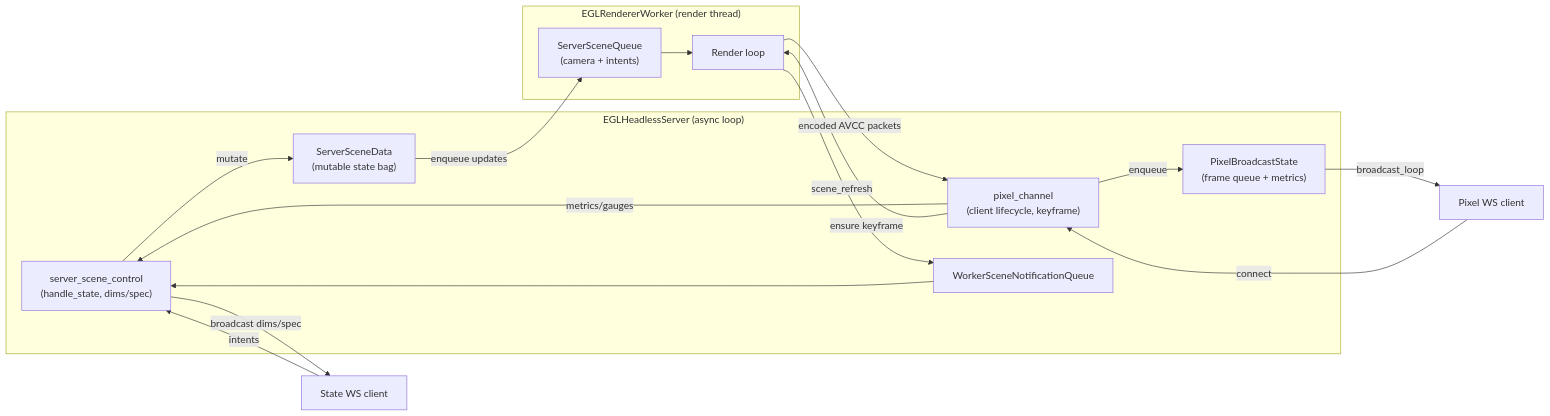
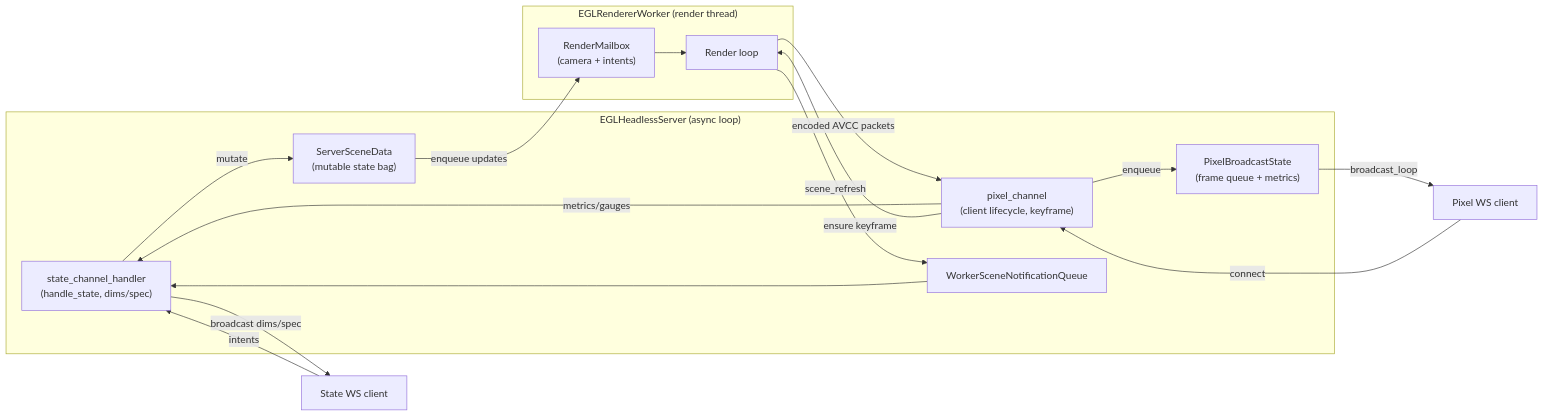
One commit to kirjner/napari-cuda changed the diagram in docs/diagrams/pixel_channel.mmd. Above: the diagram before and after it, drawn with Mermaid. The commit also changed 21 other files, not shown here.

Commit message:
Replace server scene queue with render mailbox

```diff
--- a/docs/diagrams/pixel_channel.mmd
+++ b/docs/diagrams/pixel_channel.mmd
@@ -1,35 +1,35 @@
 graph LR
     %% Async control loop components
     subgraph AsyncLoop["EGLHeadlessServer (async loop)"]
-        SSC["server_scene_control\n(handle_state, dims/spec)"]
+        SSC["state_channel_handler\n(handle_state, dims/spec)"]
         PCH["pixel_channel\n(client lifecycle, keyframe)"]
         SceneBag["ServerSceneData\n(mutable state bag)"]
         PixelBag["PixelBroadcastState\n(frame queue + metrics)"]
         WQueue["WorkerSceneNotificationQueue"]
     end
 
     %% Worker thread + helpers
     subgraph WorkerThread["EGLRendererWorker (render thread)"]
         Worker["Render loop"]
-        SceneQueue["ServerSceneQueue\n(camera + intents)"]
+        SceneQueue["RenderMailbox\n(camera + intents)"]
     end
 
     %% Clients
     StateClient["State WS client"]
     PixelClient["Pixel WS client"]
 
     %% Data/control flow
     StateClient -->|intents| SSC
     SSC -->|mutate| SceneBag
     SSC -->|broadcast dims/spec| StateClient
     SceneBag -->|enqueue updates| SceneQueue
     SceneQueue --> Worker
     Worker -->|scene_refresh| WQueue
     WQueue --> SSC
 
     PixelClient -->|connect| PCH
     PCH -->|metrics/gauges| SSC
     Worker -->|encoded AVCC packets| PCH
     PCH -->|enqueue| PixelBag
     PixelBag -->|broadcast_loop| PixelClient
     PCH -->|ensure keyframe| Worker
```
